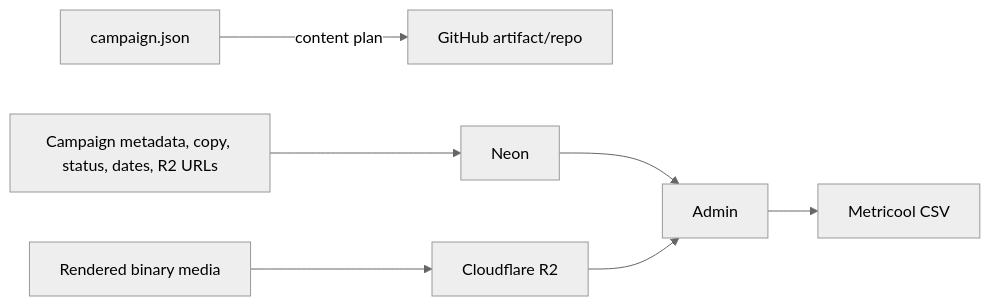
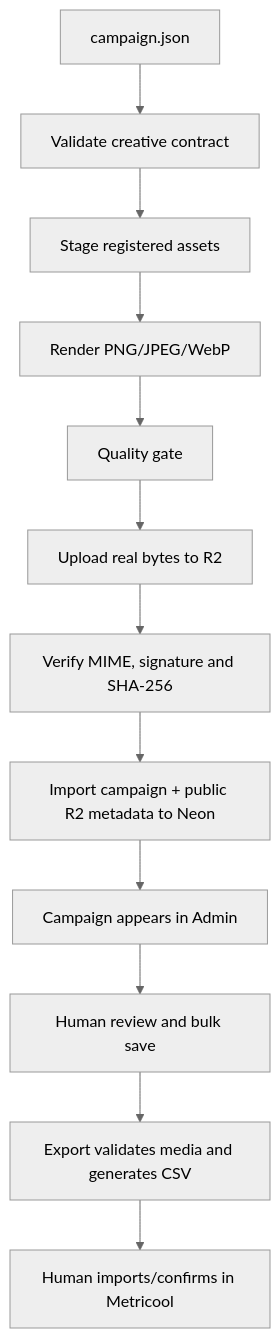
Before and after one commit to rfullivarri/innerbloomv3: the fourth of 4 diagrams in Docs/marketing/automated-marketing-system.md, drawn with Mermaid (neutral theme). The commit also changed other lines of this file, not shown here.

````diff
--- a/Docs/marketing/automated-marketing-system.md
+++ b/Docs/marketing/automated-marketing-system.md
@@ -122,9 +248,14 @@
 ```mermaid
-flowchart LR
-  A[campaign.json] -->|content plan| B[GitHub artifact/repo]
-  C[Rendered binary media] --> D[Cloudflare R2]
-  E[Campaign metadata, copy, status, dates, R2 URLs] --> F[Neon]
-  F --> G[Admin]
-  D --> G
-  G --> H[Metricool CSV]
+flowchart TD
+  A[campaign.json] --> B[Validate creative contract]
+  B --> C[Stage registered assets]
+  C --> D[Render PNG/JPEG/WebP]
+  D --> E[Quality gate]
+  E --> F[Upload real bytes to R2]
+  F --> G[Verify MIME, signature and SHA-256]
+  G --> H[Import campaign + public R2 metadata to Neon]
+  H --> I[Campaign appears in Admin]
+  I --> J[Human review and bulk save]
+  J --> K[Export validates media and generates CSV]
+  K --> L[Human imports/confirms in Metricool]
 ```
````
